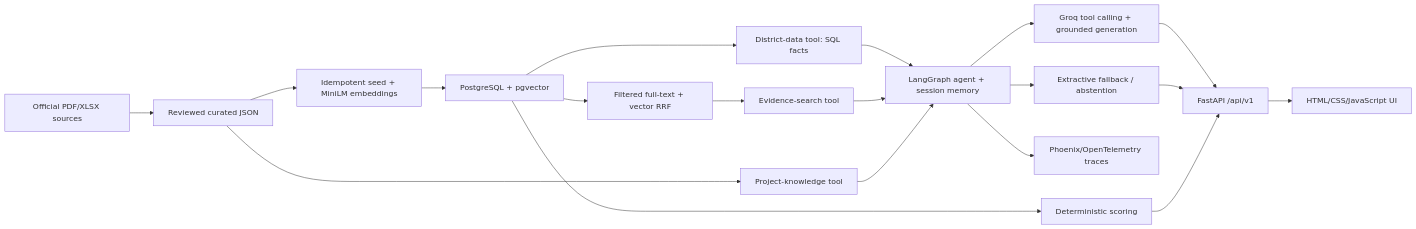
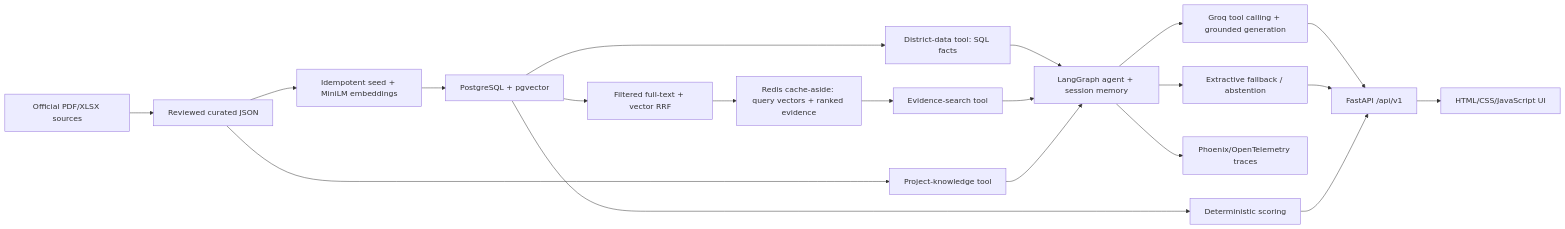
One commit to HassanSardar525/GPIS changed the diagram in README.md. Above: the diagram before and after it, drawn with Mermaid. The commit also changed other lines of this file and 16 other files, not shown here.

````diff
--- a/README.md
+++ b/README.md
@@ -7,21 +7,22 @@
 ```mermaid
 flowchart LR
     S["Official PDF/XLSX sources"] --> J["Reviewed curated JSON"]
     J --> I["Idempotent seed + MiniLM embeddings"]
     I --> P["PostgreSQL + pgvector"]
     P --> D1["District-data tool: SQL facts"]
     P --> R["Filtered full-text + vector RRF"]
-    R --> E1["Evidence-search tool"]
+    R --> C1["Redis cache-aside: query vectors + ranked evidence"]
+    C1 --> E1["Evidence-search tool"]
     J --> K1["Project-knowledge tool"]
     D1 --> L["LangGraph agent + session memory"]
     E1 --> L
     K1 --> L
     L --> G["Groq tool calling + grounded generation"]
     L --> F["Extractive fallback / abstention"]
     L --> X["Phoenix/OpenTelemetry traces"]
     G --> A["FastAPI /api/v1"]
     F --> A
     P --> D["Deterministic scoring"]
     D --> A
     A --> U["HTML/CSS/JavaScript UI"]
 ```
````
